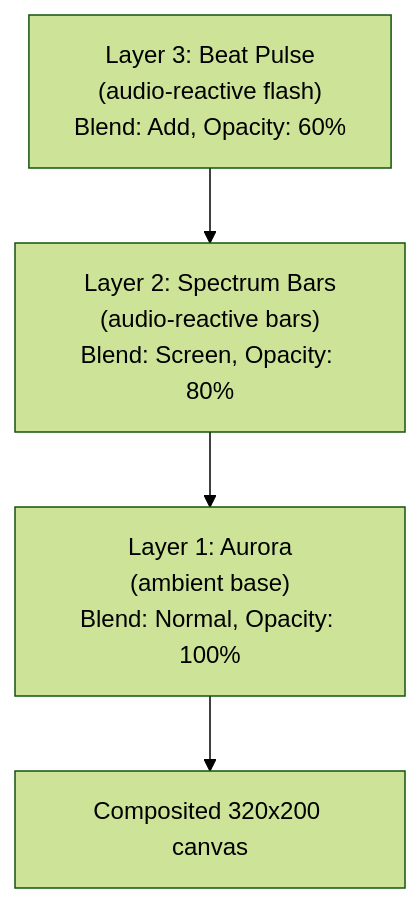
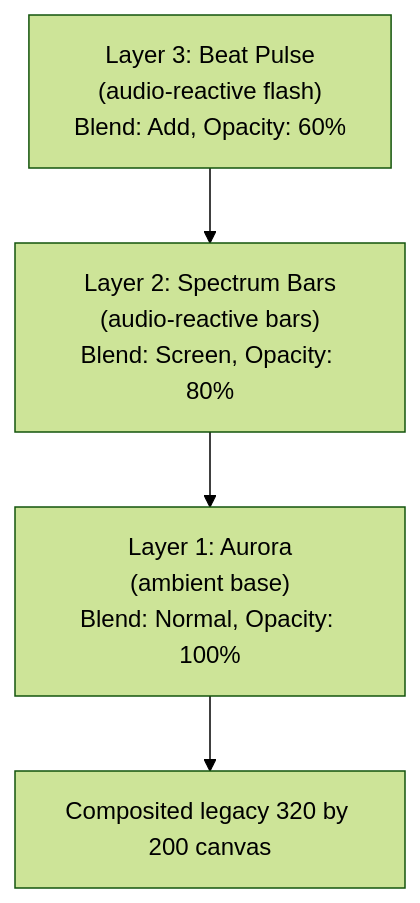
One commit to hyperb1iss/hypercolor changed the second of 3 diagrams in docs/design/02-effect-system.md. Above: the diagram before and after it, drawn with Mermaid (forest theme). The commit also changed other lines of this file and 38 other files, not shown here.

````diff
--- a/docs/design/02-effect-system.md
+++ b/docs/design/02-effect-system.md
@@ -783,9 +783,9 @@
 ```mermaid
 graph TD
     L3["Layer 3: Beat Pulse<br/>(audio-reactive flash)<br/>Blend: Add, Opacity: 60%"]
     L2["Layer 2: Spectrum Bars<br/>(audio-reactive bars)<br/>Blend: Screen, Opacity: 80%"]
     L1["Layer 1: Aurora<br/>(ambient base)<br/>Blend: Normal, Opacity: 100%"]
-    Out["Composited 320x200 canvas"]
+    Out["Composited legacy 320 by 200 canvas"]
 
     L3 --> L2 --> L1 --> Out
 ```
````
